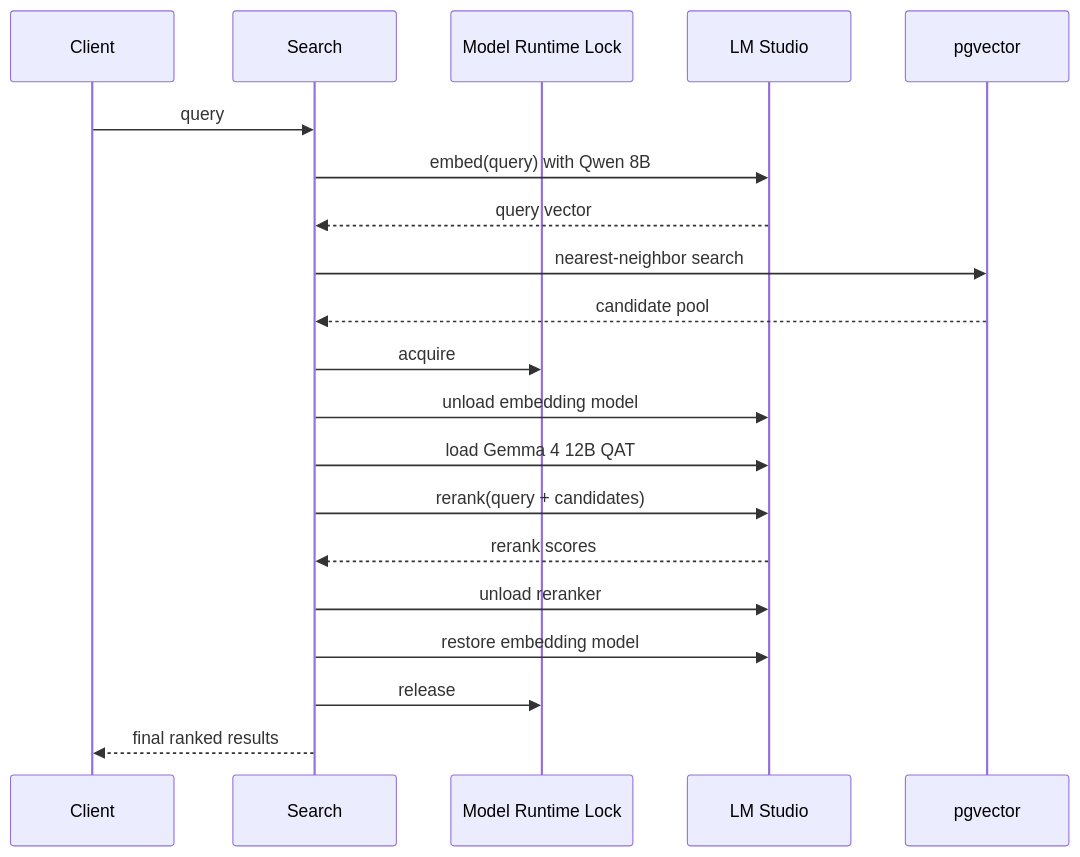
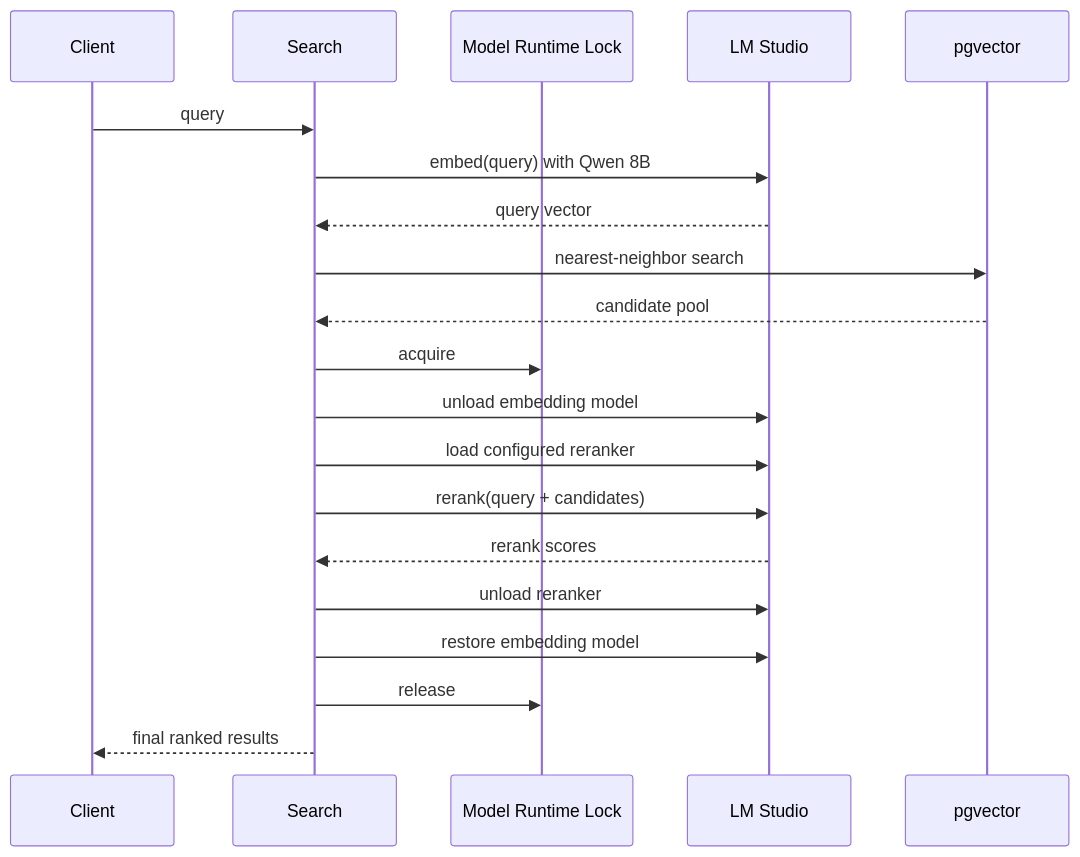
The sixth of 7 diagrams in docs/architecture.md (apinheiro99/rag-mcp), drawn with Mermaid before and after one commit. The commit also changed other lines of this file and 1 other file, not shown here.

Commit message:
docs: align public architecture with current RAG capabilities

````diff
--- a/docs/architecture.md
+++ b/docs/architecture.md
@@ -342,23 +349,23 @@
 ```mermaid
 sequenceDiagram
     participant Client
     participant Search
     participant Lock as Model Runtime Lock
     participant LM as LM Studio
     participant PG as pgvector
 
     Client->>Search: query
     Search->>LM: embed(query) with Qwen 8B
     LM-->>Search: query vector
     Search->>PG: nearest-neighbor search
     PG-->>Search: candidate pool
     Search->>Lock: acquire
     Search->>LM: unload embedding model
-    Search->>LM: load Gemma 4 12B QAT
+    Search->>LM: load configured reranker
     Search->>LM: rerank(query + candidates)
     LM-->>Search: rerank scores
     Search->>LM: unload reranker
     Search->>LM: restore embedding model
     Search->>Lock: release
     Search-->>Client: final ranked results
 ```
````
